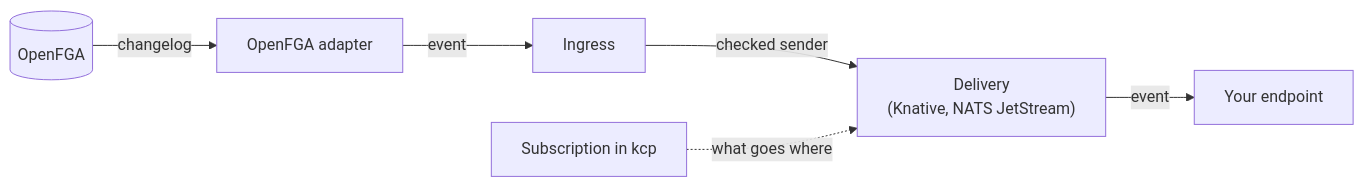
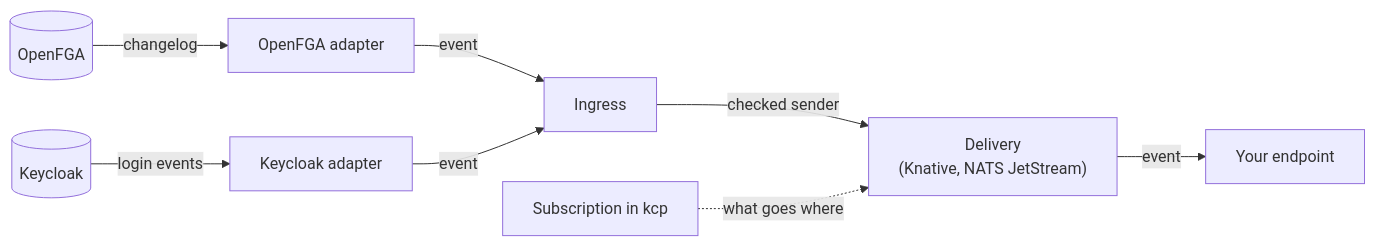
One commit to platform-mesh/contrib-eventing changed the diagram in README.md. Above: the diagram before and after it, drawn with Mermaid. The commit also changed other lines of this file and 4 other files, not shown here.

Commit message:
docs: login events and names

````diff
--- a/README.md
+++ b/README.md
@@ -9,8 +9,10 @@
 ```mermaid
 flowchart LR
   fga[(OpenFGA)] -- changelog --> adapter[OpenFGA adapter]
+  kc[(Keycloak)] -- login events --> kcadapter[Keycloak adapter]
   adapter -- event --> ingress[Ingress]
+  kcadapter -- event --> ingress
   ingress -- checked sender --> delivery["Delivery<br/>(Knative, NATS JetStream)"]
   delivery -- event --> sink[Your endpoint]
   subs[Subscription in kcp] -. what goes where .-> delivery
 ```
````
